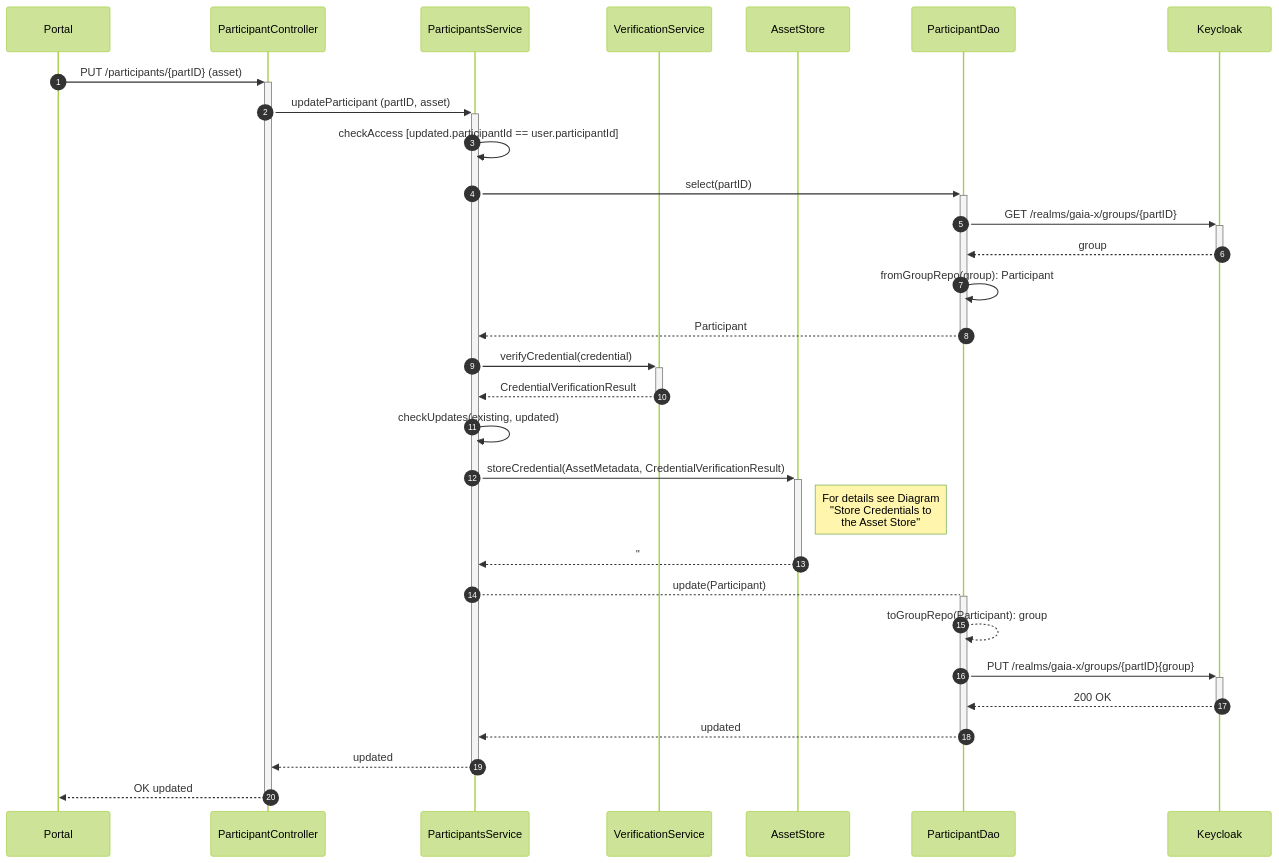
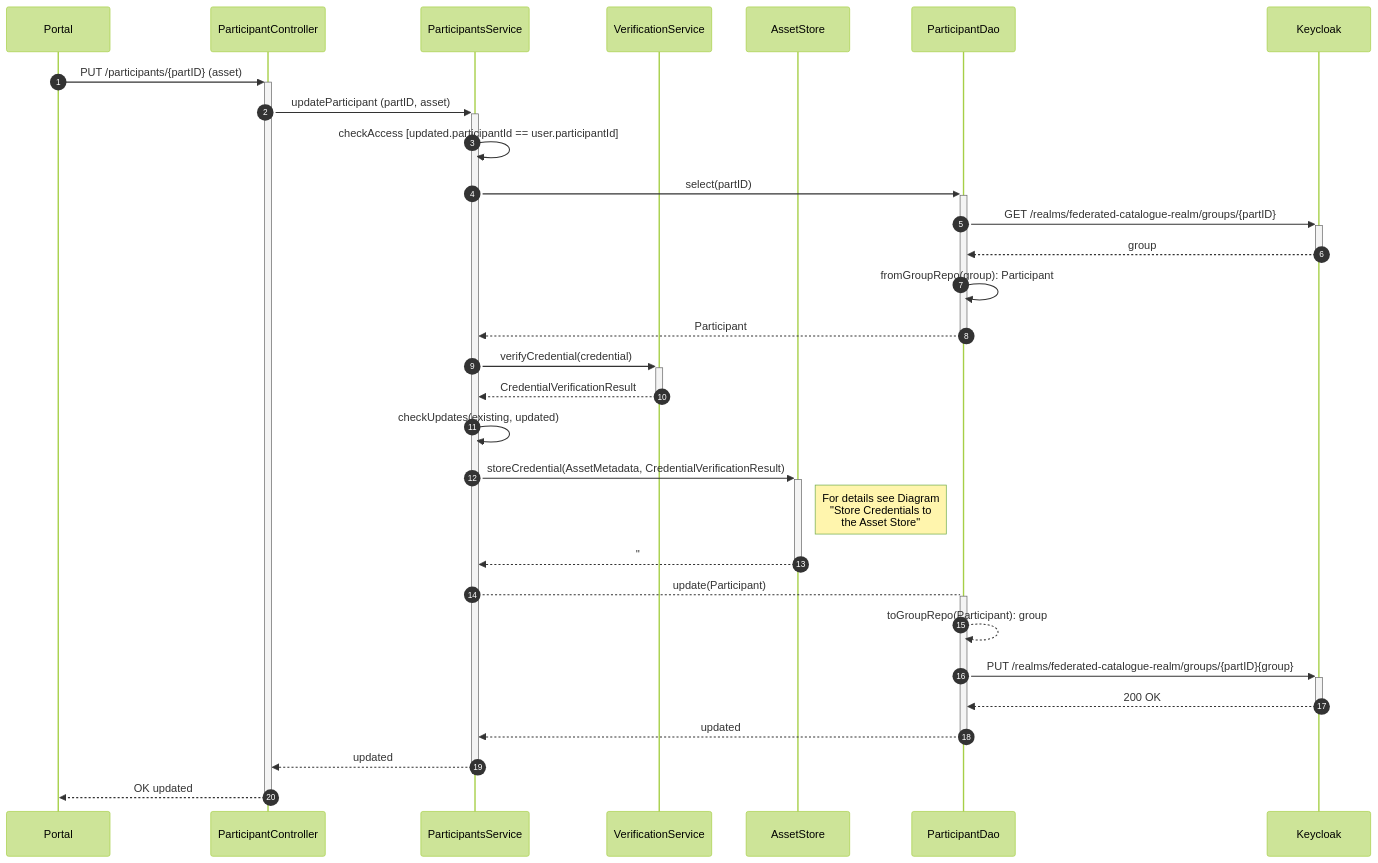
Before and after one commit to eclipse-xfsc/docs: the sixth of 44 diagrams in federated-catalogue/src/docs/architecture/chapters/06_runtime_view.adoc, drawn with Mermaid (forest theme). The commit also changed other lines of this file and 1 other file, not shown here.

First line of the commit message:
docs(arc42): Correct Keycloak realm and clarify user management authorization (#39)

```diff
--- a/federated-catalogue/src/docs/architecture/chapters/06_runtime_view.adoc
+++ b/federated-catalogue/src/docs/architecture/chapters/06_runtime_view.adoc
@@ -209,33 +209,33 @@
 [mermaid, width=2000]
 ....
 sequenceDiagram
     autonumber
     participant Portal
     participant ParticipantController
     participant ParticipantsService
     participant VerificationService
     participant AssetStore as AssetStore
     participant ParticipantDao
     participant Keycloak
     Portal ->> + ParticipantController: PUT /participants/{partID} (asset)
     ParticipantController ->> + ParticipantsService: updateParticipant (partID, asset)
     ParticipantsService ->> ParticipantsService: checkAccess [updated.participantId == user.participantId]
     ParticipantsService ->> + ParticipantDao: select(partID)
-    ParticipantDao ->> + Keycloak: GET /realms/gaia-x/groups/{partID}
+    ParticipantDao ->> + Keycloak: GET /realms/federated-catalogue-realm/groups/{partID}
     Keycloak -->> - ParticipantDao: group
     ParticipantDao ->> ParticipantDao: fromGroupRepo(group): Participant
     ParticipantDao -->> - ParticipantsService: Participant
     ParticipantsService ->> + VerificationService: verifyCredential(credential)
     VerificationService -->> - ParticipantsService: CredentialVerificationResult
     ParticipantsService ->> ParticipantsService: checkUpdates(existing, updated)
     ParticipantsService ->> + AssetStore: storeCredential(AssetMetadata, CredentialVerificationResult)
     Note right of AssetStore: For details see Diagram <br /> "Store Credentials to <br /> the Asset Store"
     AssetStore -->> - ParticipantsService: ''
     ParticipantsService --> + ParticipantDao: update(Participant)
     ParticipantDao -->> ParticipantDao: toGroupRepo(Participant): group
-    ParticipantDao ->> + Keycloak: PUT /realms/gaia-x/groups/{partID}{group}
+    ParticipantDao ->> + Keycloak: PUT /realms/federated-catalogue-realm/groups/{partID}{group}
     Keycloak -->> - ParticipantDao: 200 OK
     ParticipantDao -->> - ParticipantsService: updated
     ParticipantsService -->> - ParticipantController: updated
     ParticipantController -->> - Portal: OK updated
 ....
```
